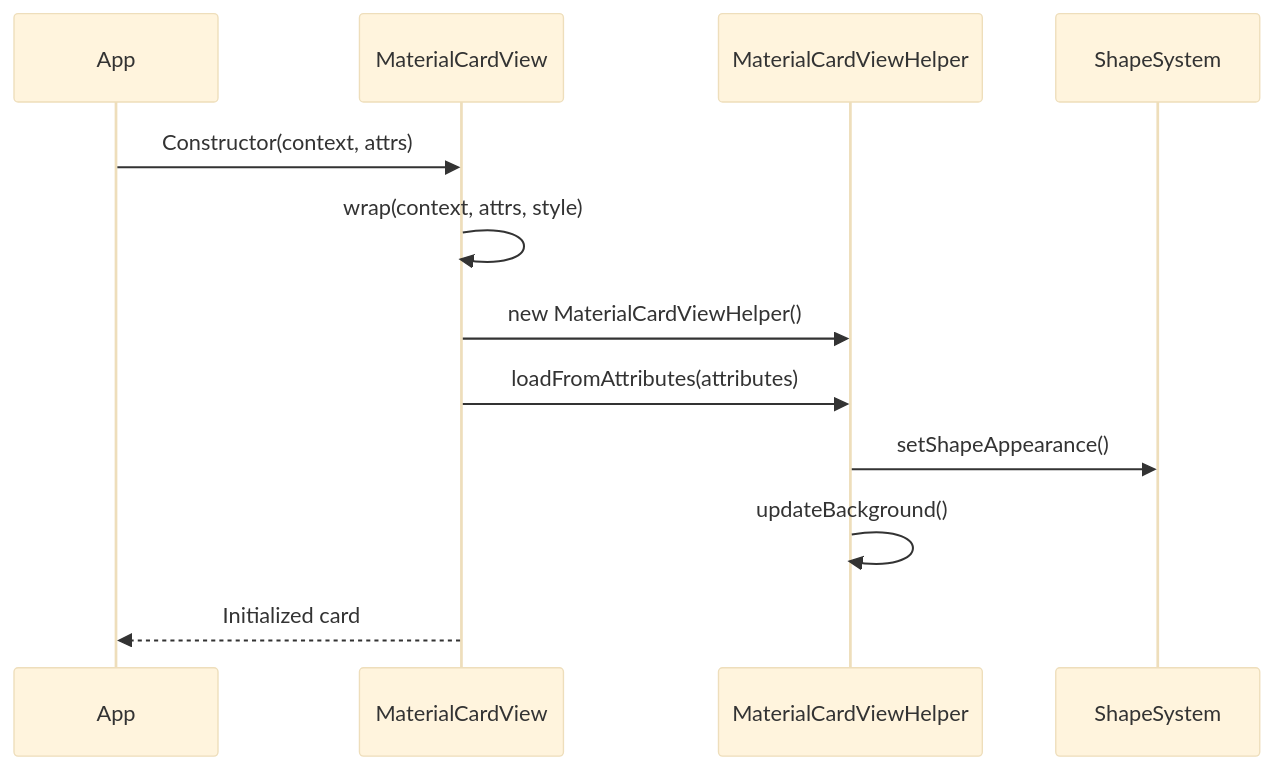
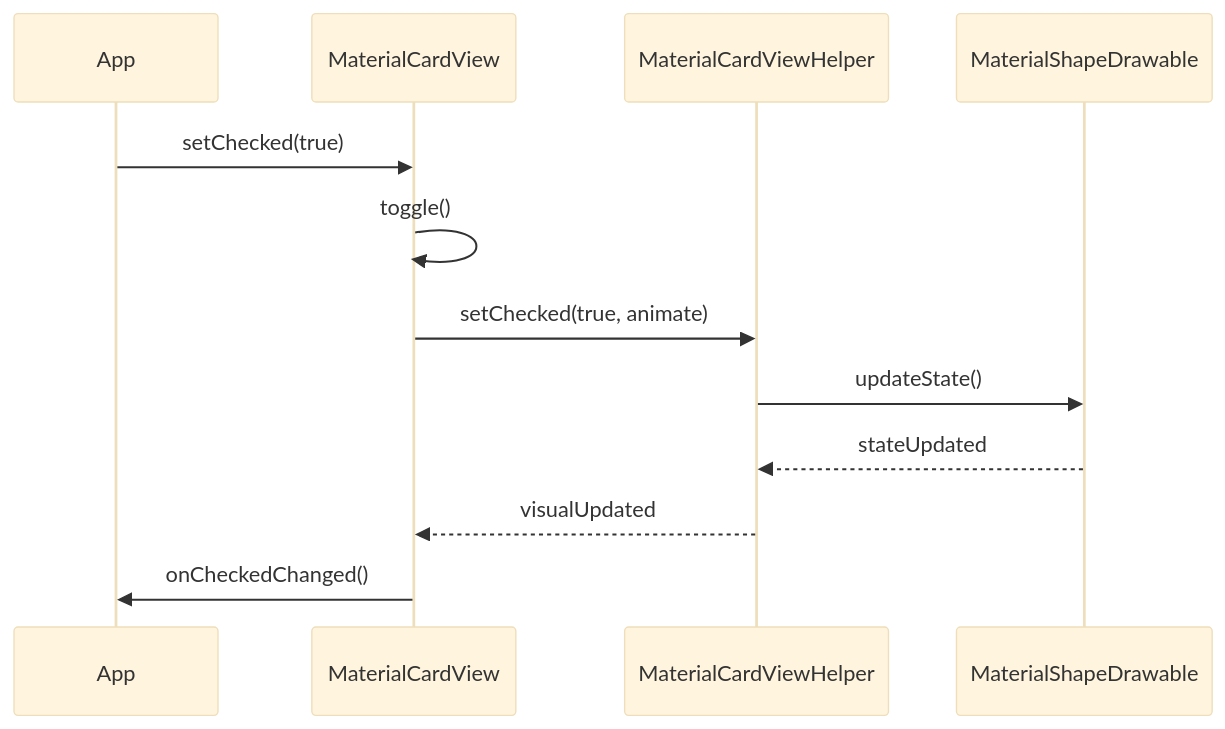
One commit to FSoft-AI4Code/codewiki-demo changed the seventh of 9 diagrams in docs/material-components--material-components-android-docs/card.md. Above: the diagram before and after it, drawn with Mermaid (base theme). The commit also changed other lines of this file and 1103 other files, not shown here.

````diff
--- a/docs/material-components--material-components-android-docs/card.md
+++ b/docs/material-components--material-components-android-docs/card.md
@@ -80,15 +277,15 @@
 ```mermaid
 sequenceDiagram
     participant App
-    participant MaterialCardView
-    participant MaterialCardViewHelper
-    participant ShapeSystem
+    participant MCV as MaterialCardView
+    participant MCVH as MaterialCardViewHelper
+    participant Drawable as MaterialShapeDrawable
     
-    App->>MaterialCardView: Constructor(context, attrs)
-    MaterialCardView->>MaterialCardView: wrap(context, attrs, style)
-    MaterialCardView->>MaterialCardViewHelper: new MaterialCardViewHelper()
-    MaterialCardView->>MaterialCardViewHelper: loadFromAttributes(attributes)
-    MaterialCardViewHelper->>ShapeSystem: setShapeAppearance()
-    MaterialCardViewHelper->>MaterialCardViewHelper: updateBackground()
-    MaterialCardView-->>App: Initialized card
+    App->>MCV: setChecked(true)
+    MCV->>MCV: toggle()
+    MCV->>MCVH: setChecked(true, animate)
+    MCVH->>Drawable: updateState()
+    Drawable-->>MCVH: stateUpdated
+    MCVH-->>MCV: visualUpdated
+    MCV->>App: onCheckedChanged()
 ```
````
